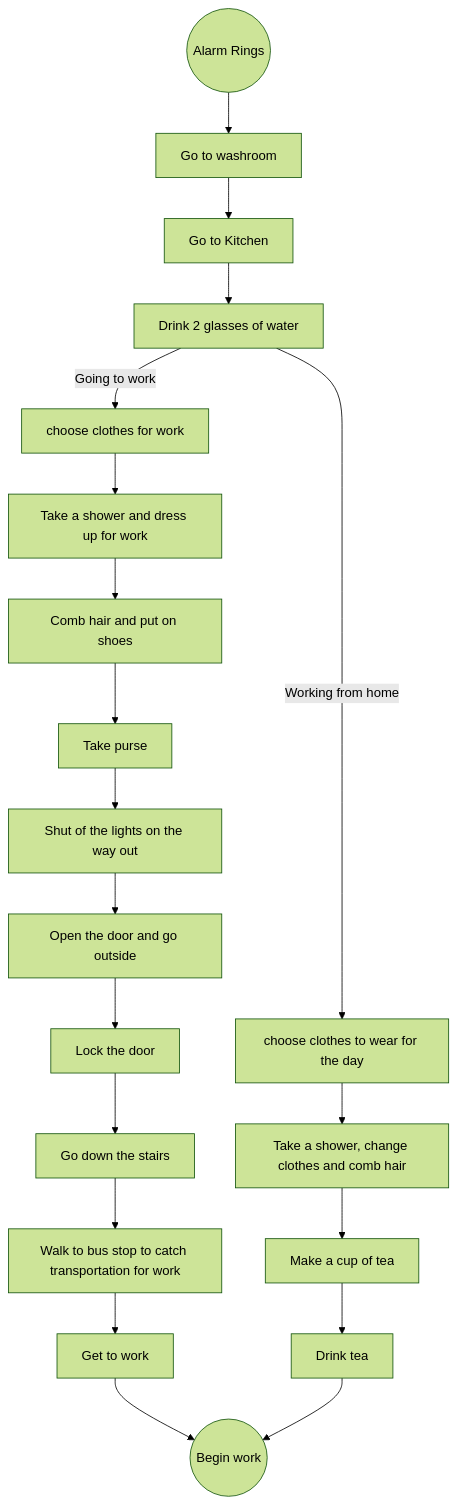
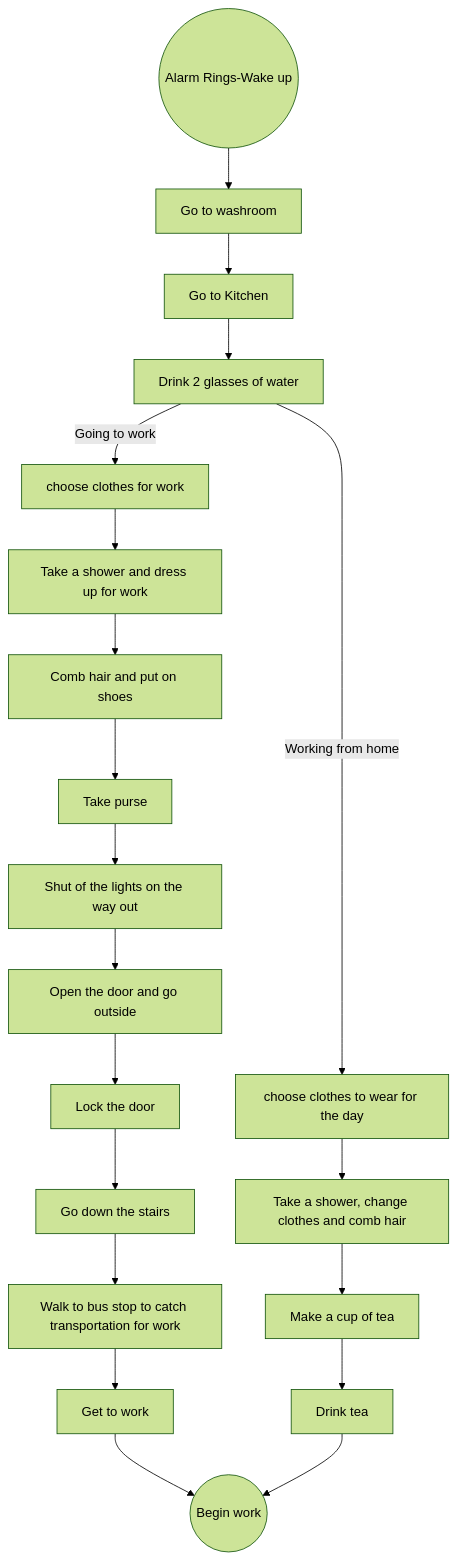
One commit to yusale9/student-showcase changed the diagram in student-work/2023/Rina-Solomon/Morning_Routine.md. Above: the diagram before and after it, drawn with Mermaid (forest theme).

Commit message:
Update Morning_Routine.md
Correction

````diff
--- a/student-work/2023/Rina-Solomon/Morning_Routine.md
+++ b/student-work/2023/Rina-Solomon/Morning_Routine.md
@@ -2,23 +2,23 @@
 ```mermaid
    flowchart TD
 
-A((Alarm Rings))-->B[Go to washroom]
+A((Alarm Rings-Wake up))-->B[Go to washroom]
 B-->C[Go to Kitchen]
 C-->D[Drink 2 glasses of water]
 D--Going to work-->E[choose clothes for work]
 D--Working from home-->F[choose clothes to wear for the day]
 E-->G[Take a shower and dress up for work]
 G-->H[Comb hair and put on shoes]
 H-->I[Take purse]
 I-->J[Shut of the lights on the way out]
 J-->K[Open the door and go outside]
 K-->L[Lock the door]
 L-->M[Go down the stairs]
 M-->N[Walk to bus stop to catch transportation for work]
 N-->O[Get to work]
 O-->P((Begin work))
 F-->Q[Take a shower, change clothes and comb hair]
 Q-->R[Make a cup of tea]
 R-->S[Drink tea]
 S-->P((Begin work))
 ```
````
